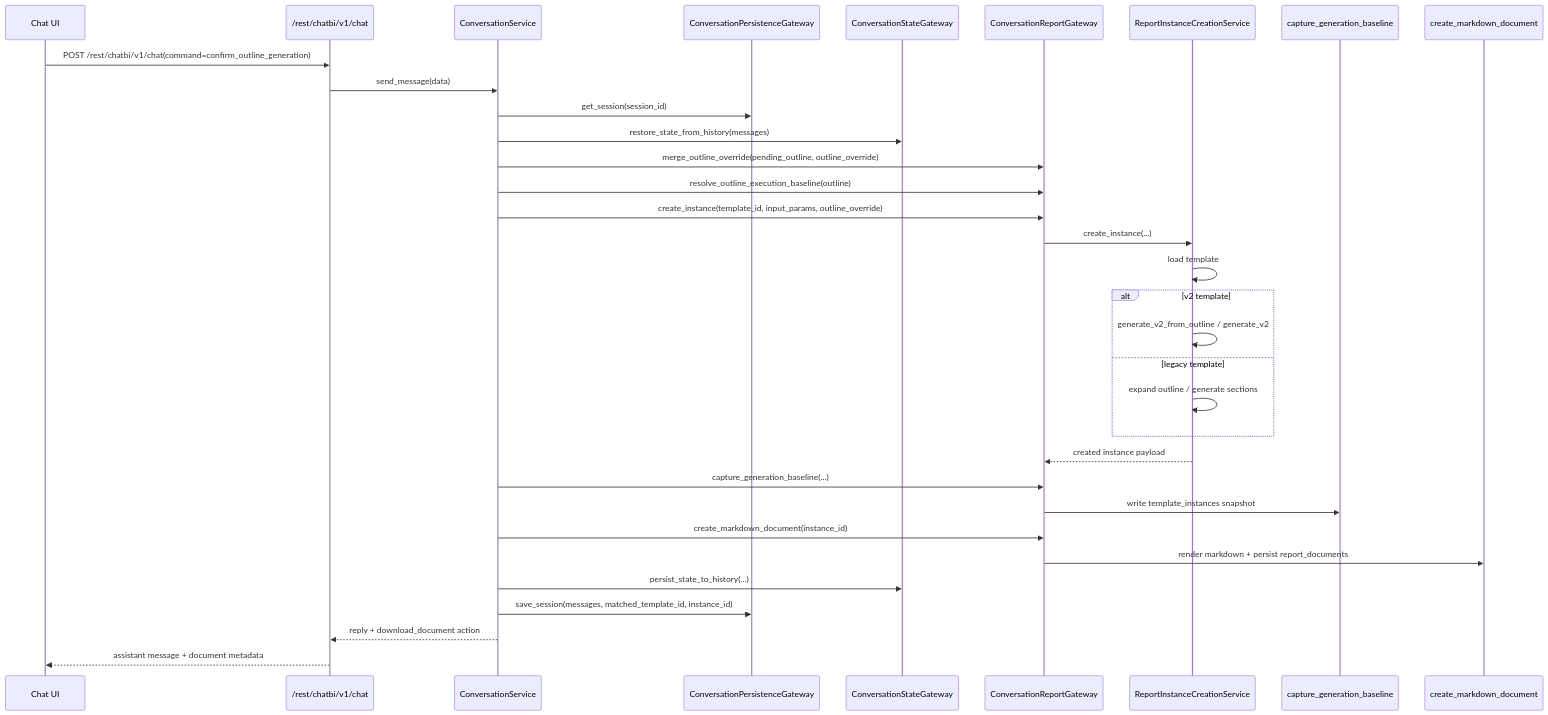
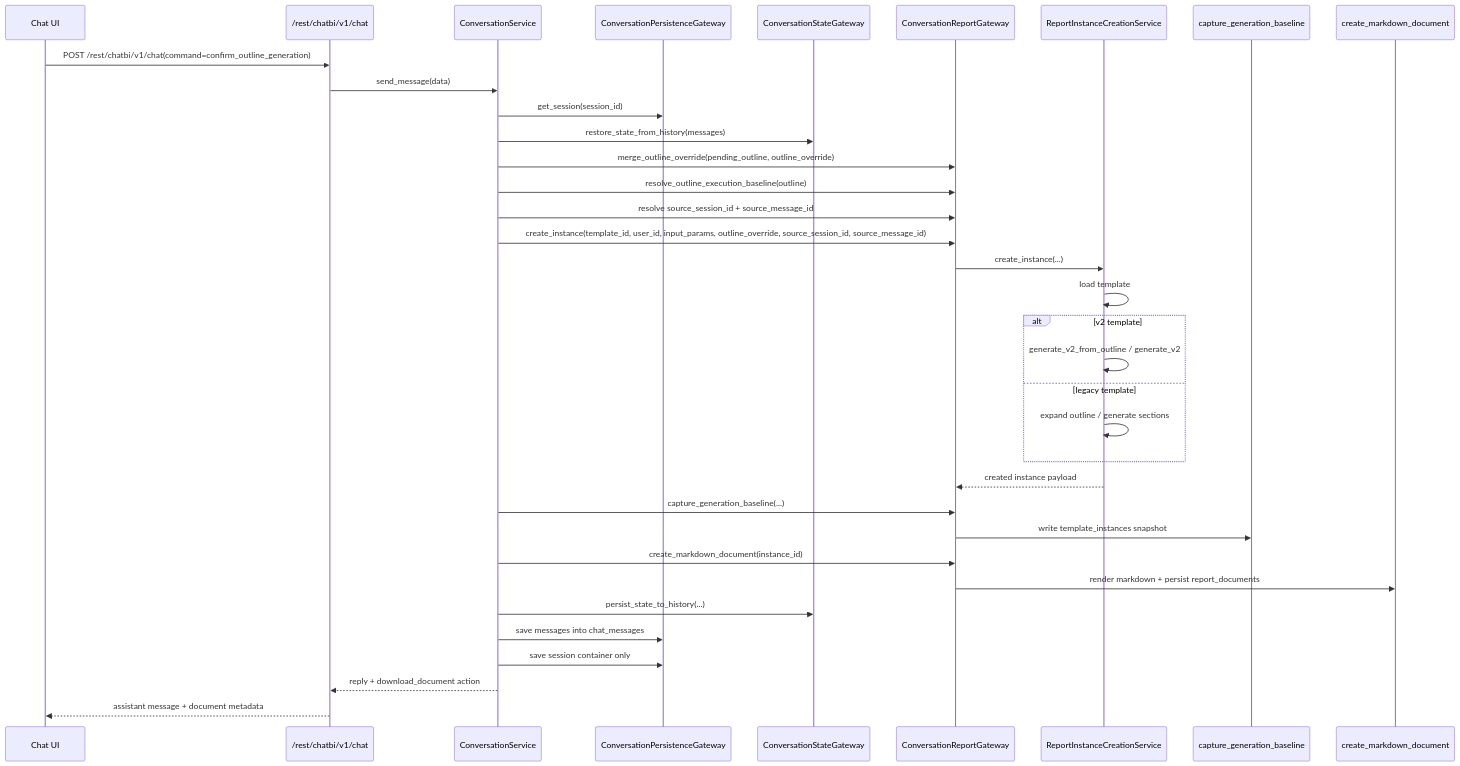
One commit to shel447/ReportSystem changed the first of 3 diagrams in design/implementation/runtime_sequences.md. Above: the diagram before and after it, drawn with Mermaid. The commit also changed other lines of this file and 10 other files, not shown here.

````diff
--- a/design/implementation/runtime_sequences.md
+++ b/design/implementation/runtime_sequences.md
@@ -19,36 +19,38 @@
 ```mermaid
 sequenceDiagram
     participant UI as Chat UI
     participant API as /rest/chatbi/v1/chat
     participant Conv as ConversationService
     participant Persist as ConversationPersistenceGateway
     participant State as ConversationStateGateway
     participant Report as ConversationReportGateway
     participant Runtime as ReportInstanceCreationService
     participant Baseline as capture_generation_baseline
     participant Doc as create_markdown_document
 
     UI->>API: POST /rest/chatbi/v1/chat(command=confirm_outline_generation)
     API->>Conv: send_message(data)
     Conv->>Persist: get_session(session_id)
     Conv->>State: restore_state_from_history(messages)
     Conv->>Report: merge_outline_override(pending_outline, outline_override)
     Conv->>Report: resolve_outline_execution_baseline(outline)
-    Conv->>Report: create_instance(template_id, input_params, outline_override)
+    Conv->>Report: resolve source_session_id + source_message_id
+    Conv->>Report: create_instance(template_id, user_id, input_params, outline_override, source_session_id, source_message_id)
     Report->>Runtime: create_instance(...)
     Runtime->>Runtime: load template
     alt v2 template
         Runtime->>Runtime: generate_v2_from_outline / generate_v2
     else legacy template
         Runtime->>Runtime: expand outline / generate sections
     end
     Runtime-->>Report: created instance payload
     Conv->>Report: capture_generation_baseline(...)
     Report->>Baseline: write template_instances snapshot
     Conv->>Report: create_markdown_document(instance_id)
     Report->>Doc: render markdown + persist report_documents
     Conv->>State: persist_state_to_history(...)
-    Conv->>Persist: save_session(messages, matched_template_id, instance_id)
+    Conv->>Persist: save messages into chat_messages
+    Conv->>Persist: save session container only
     Conv-->>API: reply + download_document action
     API-->>UI: assistant message + document metadata
 ```
````
